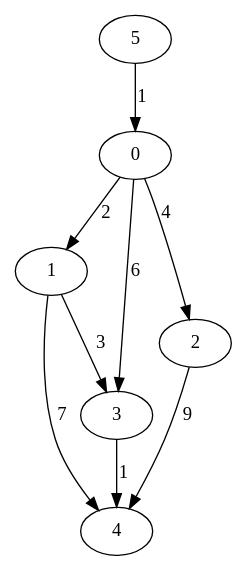
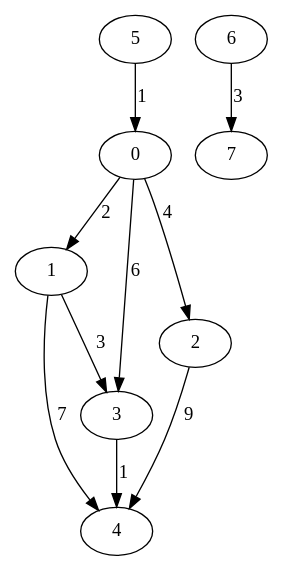
The diagram in g1.dot (gresendesa/pathfinding), drawn with Graphviz before and after one commit. The commit also changed 3 other files, not shown here.

```diff
--- a/g1.dot
+++ b/g1.dot
@@ -1,10 +1,11 @@
 digraph g {
 	0 -> 1 [label=2];
 	0 -> 2 [label=4];
 	0 -> 3 [label=6];
 	1 -> 3 [label=3];
 	1 -> 4 [label=7];
 	2 -> 4 [label=9];
 	3 -> 4 [label=1];
 	5 -> 0 [label=1];
+	6 -> 7 [label=3];
 }
```
